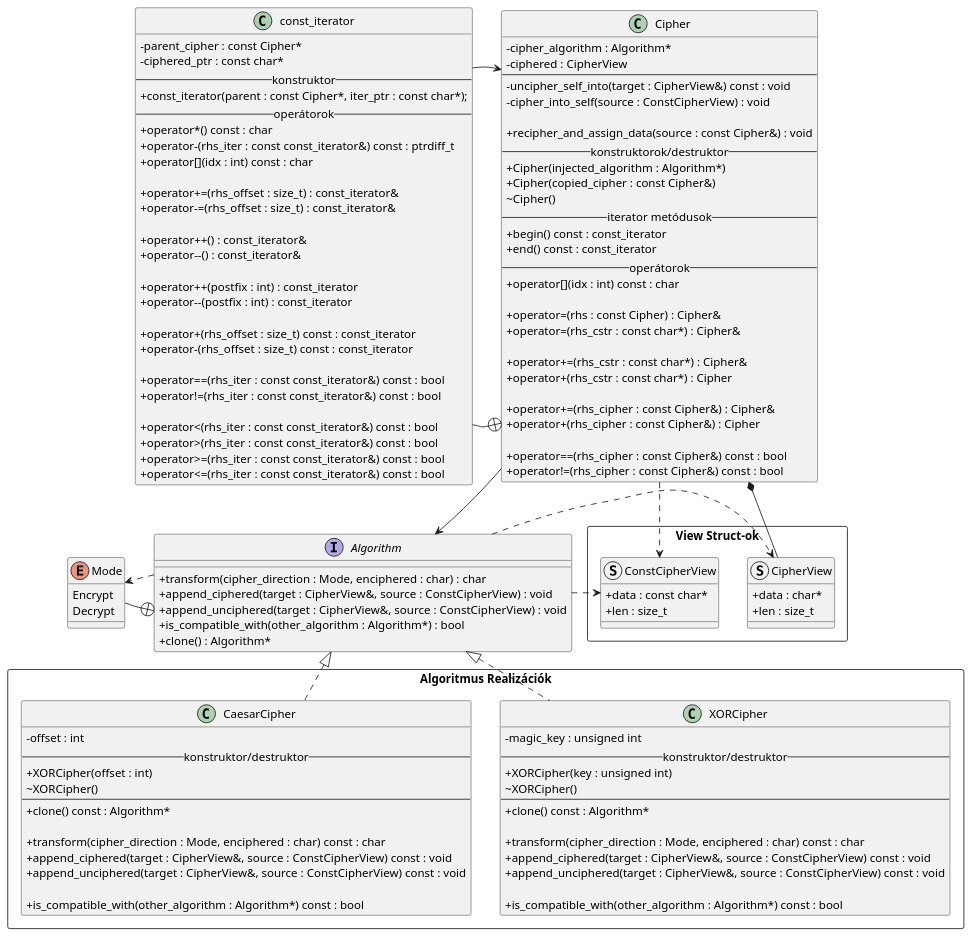
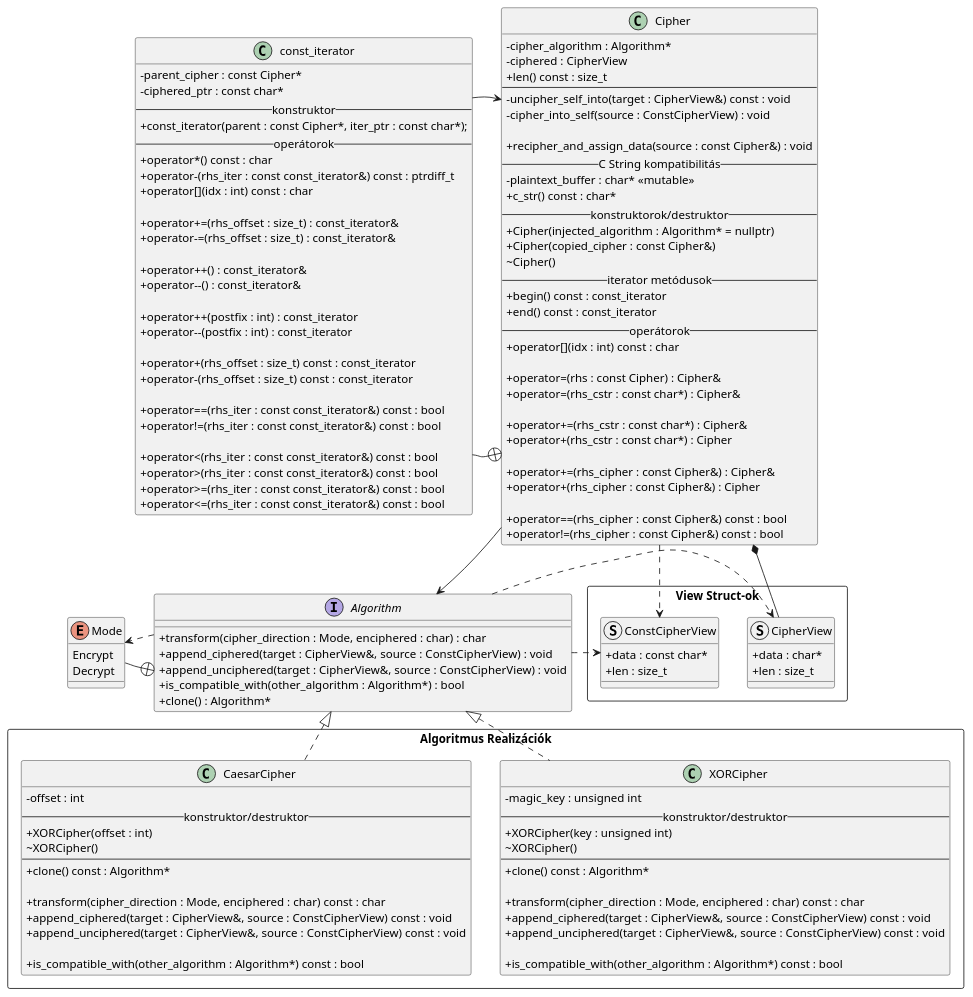
One commit to lolfail/titkositas-nhf changed the diagram in docs/diagram.puml. Above: the diagram before and after it, drawn with PlantUML. The commit also changed 7 other files, not shown here.

```diff
--- a/docs/diagram.puml
+++ b/docs/diagram.puml
@@ -1,142 +1,146 @@
 @startuml
 skinparam classAttributeIconSize 0
 skinparam groupInheritance 1
 skinparam defaultFontName "Fira Code"
 skinparam packageStyle rectangle
 
 package views as "View Struct-ok" {
   struct CipherView {
     + data : char*
     + len : size_t
   }
   struct ConstCipherView {
     + data : const char*
     + len : size_t
   }
 }
 
 class Cipher {
   - cipher_algorithm : Algorithm*
   - ciphered : CipherView
+  + len() const : size_t
   ----
   - uncipher_self_into(target : CipherView&) const : void
   - cipher_into_self(source : ConstCipherView) : void
 
   + recipher_and_assign_data(source : const Cipher&) : void
+  -- C String kompatibilitás --
+  - plaintext_buffer : char* <<mutable>>
+  + c_str() const : char*
   -- konstruktorok/destruktor --
-  + Cipher(injected_algorithm : Algorithm*)
+  + Cipher(injected_algorithm : Algorithm* = nullptr)
   + Cipher(copied_cipher : const Cipher&)
   ~ Cipher()
   -- iterator metódusok --
   + begin() const : const_iterator
   + end() const : const_iterator
   -- operátorok --
   ' copy and swap idiom
   +operator[](idx : int) const : char
 
   + operator=(rhs : const Cipher) : Cipher&
   + operator=(rhs_cstr : const char*) : Cipher&
 
   + operator+=(rhs_cstr : const char*) : Cipher&
   + operator+(rhs_cstr : const char*) : Cipher
 
   + operator+=(rhs_cipher : const Cipher&) : Cipher&
   + operator+(rhs_cipher : const Cipher&) : Cipher
 
   + operator==(rhs_cipher : const Cipher&) const : bool
   + operator!=(rhs_cipher : const Cipher&) const : bool
 }
 
 class const_iterator {
   - parent_cipher : const Cipher*
   - ciphered_ptr : const char*
   -- konstruktor --
   + const_iterator(parent : const Cipher*, iter_ptr : const char*);
   -- operátorok --
   + operator*() const : char
   + operator-(rhs_iter : const const_iterator&) const : ptrdiff_t
   + operator[](idx : int) const : char
 
   + operator+=(rhs_offset : size_t) : const_iterator&
   + operator-=(rhs_offset : size_t) : const_iterator&
 
   + operator++() : const_iterator&
   + operator--() : const_iterator&
 
   + operator++(postfix : int) : const_iterator
   + operator--(postfix : int) : const_iterator
 
   + operator+(rhs_offset : size_t) const : const_iterator
   + operator-(rhs_offset : size_t) const : const_iterator
 
   + operator==(rhs_iter : const const_iterator&) const : bool
   + operator!=(rhs_iter : const const_iterator&) const : bool
 
   + operator<(rhs_iter : const const_iterator&) const : bool
   + operator>(rhs_iter : const const_iterator&) const : bool
   + operator>=(rhs_iter : const const_iterator&) const : bool
   + operator<=(rhs_iter : const const_iterator&) const : bool
 }
 
 enum Mode {
   Encrypt
   Decrypt
 }
 
 Interface Algorithm {
   + transform(cipher_direction : Mode, enciphered : char) : char
   + append_ciphered(target : CipherView&, source : ConstCipherView) : void
   + append_unciphered(target : CipherView&, source : ConstCipherView) : void
   + is_compatible_with(other_algorithm : Algorithm*) : bool
   + clone() : Algorithm*
 }
 
 package algo_impl as "Algoritmus Realizációk" {
   class XORCipher {
     - magic_key : unsigned int
     -- konstruktor/destruktor --
     + XORCipher(key : unsigned int)
     ~XORCipher()
     ----
     + clone() const : Algorithm*
 
     + transform(cipher_direction : Mode, enciphered : char) const : char
     + append_ciphered(target : CipherView&, source : ConstCipherView) const : void
     + append_unciphered(target : CipherView&, source : ConstCipherView) const : void
 
     + is_compatible_with(other_algorithm : Algorithm*) const : bool
   }
 
   class CaesarCipher {
     - offset : int
     -- konstruktor/destruktor --
     + XORCipher(offset : int)
     ~XORCipher()
     ----
     + clone() const : Algorithm*
 
     + transform(cipher_direction : Mode, enciphered : char) const : char
     + append_ciphered(target : CipherView&, source : ConstCipherView) const : void
     + append_unciphered(target : CipherView&, source : ConstCipherView) const : void
 
     + is_compatible_with(other_algorithm : Algorithm*) const : bool
   }
 }
 
 Cipher *-- CipherView
 Cipher ..> ConstCipherView
 Cipher --> Algorithm
 
 const_iterator --+ Cipher
 const_iterator -> Cipher
 
 Algorithm +-left- Mode
 
 Algorithm .right.> CipherView
 Algorithm .right.> ConstCipherView
 Algorithm ..> Mode
 
 Algorithm <|.. XORCipher
 Algorithm <|.. CaesarCipher
 
 @enduml
```
